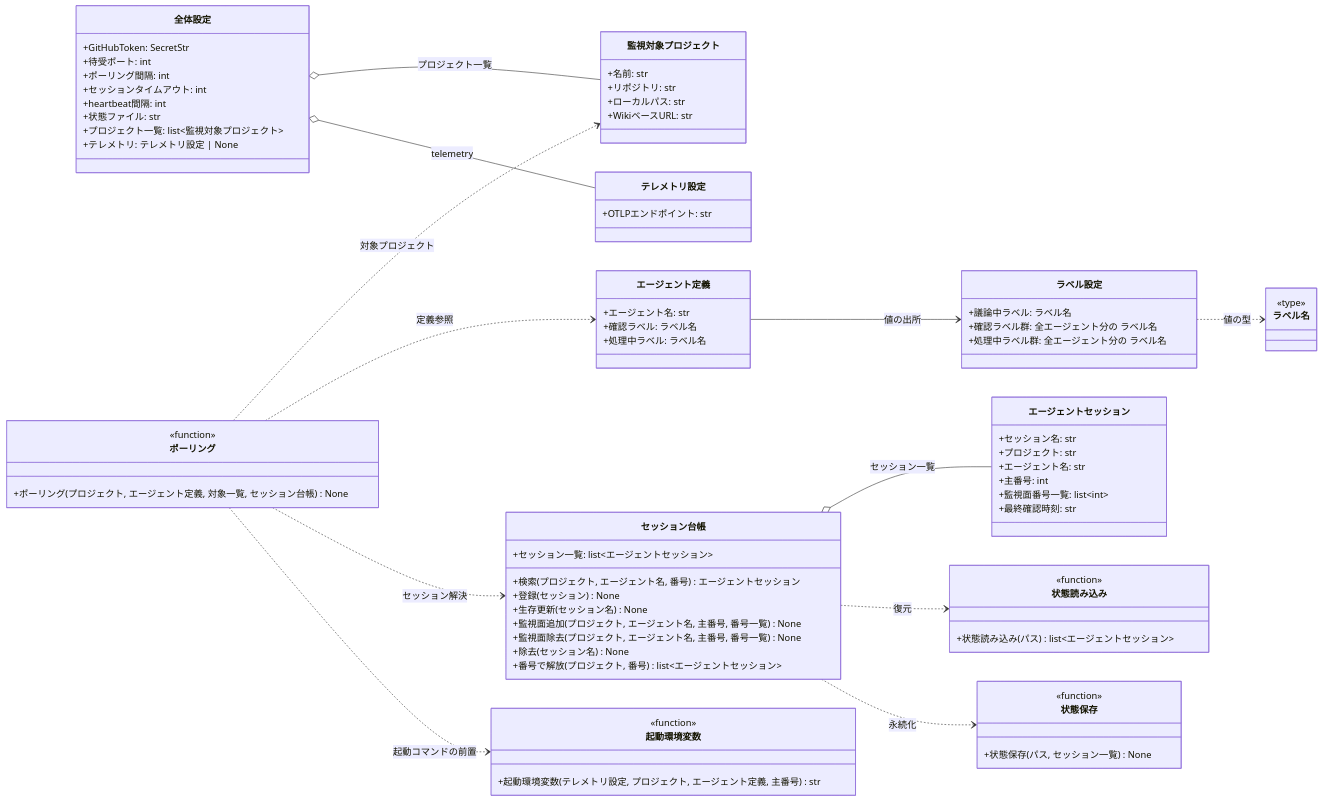
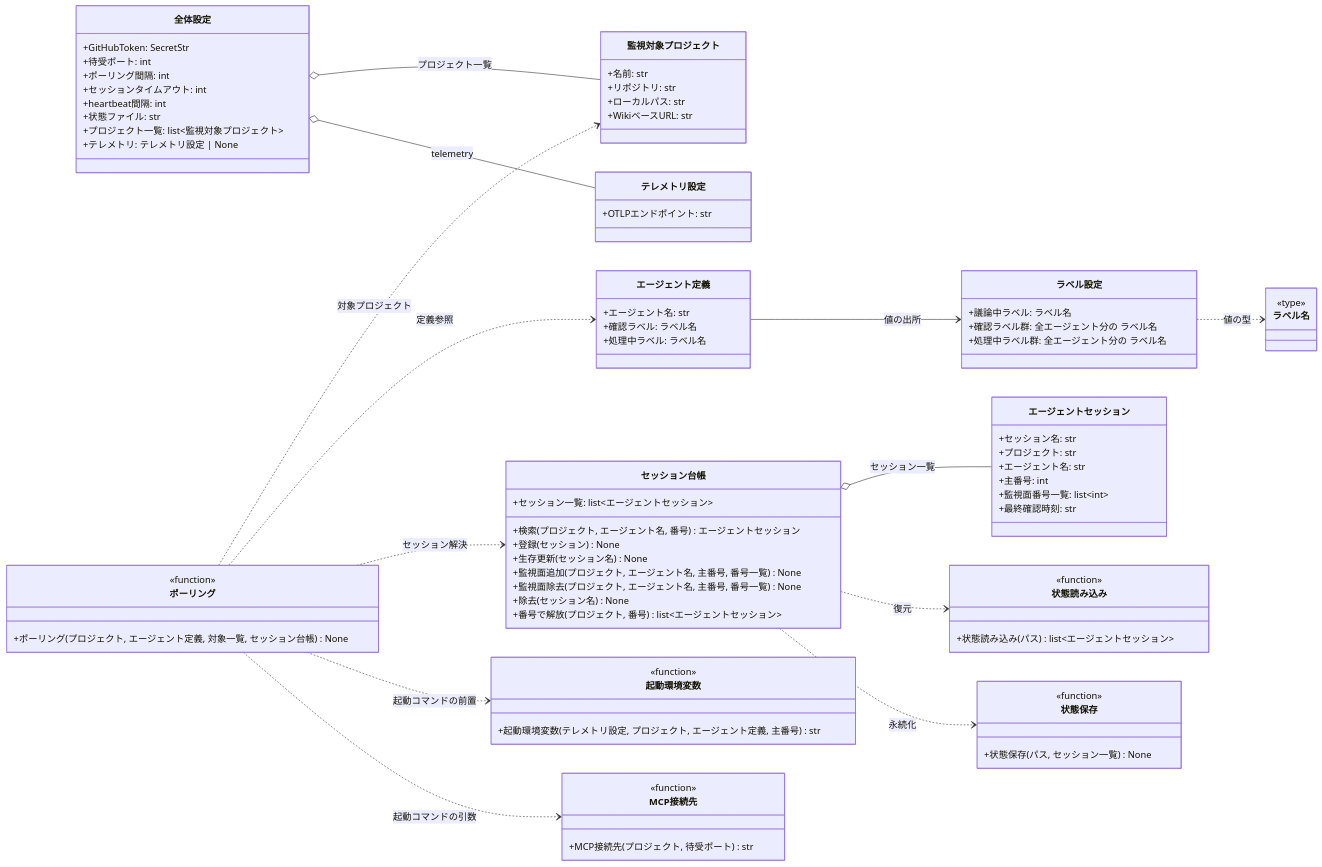
Before and after one commit to shuhei1101/ai-monitor: the second of 2 diagrams in docs/wiki/設計図/モジュール構成/モニター/エージェント管理.py.md, drawn with Mermaid. The commit also changed other lines of this file and 15 other files, not shown here.

```diff
--- a/docs/wiki/設計図/モジュール構成/モニター/エージェント管理.py.md
+++ b/docs/wiki/設計図/モジュール構成/モニター/エージェント管理.py.md
@@ -106,6 +107,7 @@
   ポーリング ..> エージェント定義 : 定義参照
   ポーリング ..> セッション台帳 : セッション解決
   ポーリング ..> 起動環境変数 : 起動コマンドの前置
+  ポーリング ..> MCP接続先 : 起動コマンドの引数
   セッション台帳 o-- エージェントセッション : セッション一覧
   セッション台帳 ..> 状態読み込み : 復元
   セッション台帳 ..> 状態保存 : 永続化
@@ -126,6 +128,10 @@
   class 起動環境変数 {
     <<function>>
     +起動環境変数(テレメトリ設定, プロジェクト, エージェント定義, 主番号) str
+  }
+  class MCP接続先 {
+    <<function>>
+    +MCP接続先(プロジェクト, 待受ポート) str
   }
   class 監視対象プロジェクト {
     +名前: str
@@ -180,6 +186,7 @@
   click 全体設定 href "#全体設定"
   click テレメトリ設定 href "#テレメトリ設定"
   click 起動環境変数 href "#起動環境変数"
+  click MCP接続先 href "#mcp接続先"
   click 監視対象プロジェクト href "#監視対象プロジェクト"
   click エージェント定義 href "#エージェント定義"
   click ラベル設定 href "#ラベル設定"
```
